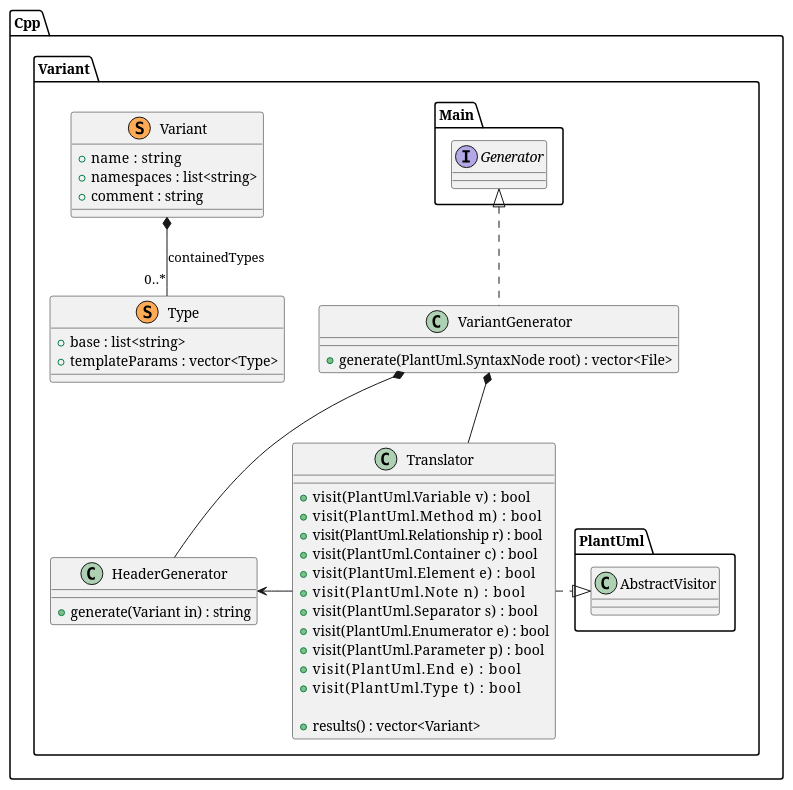
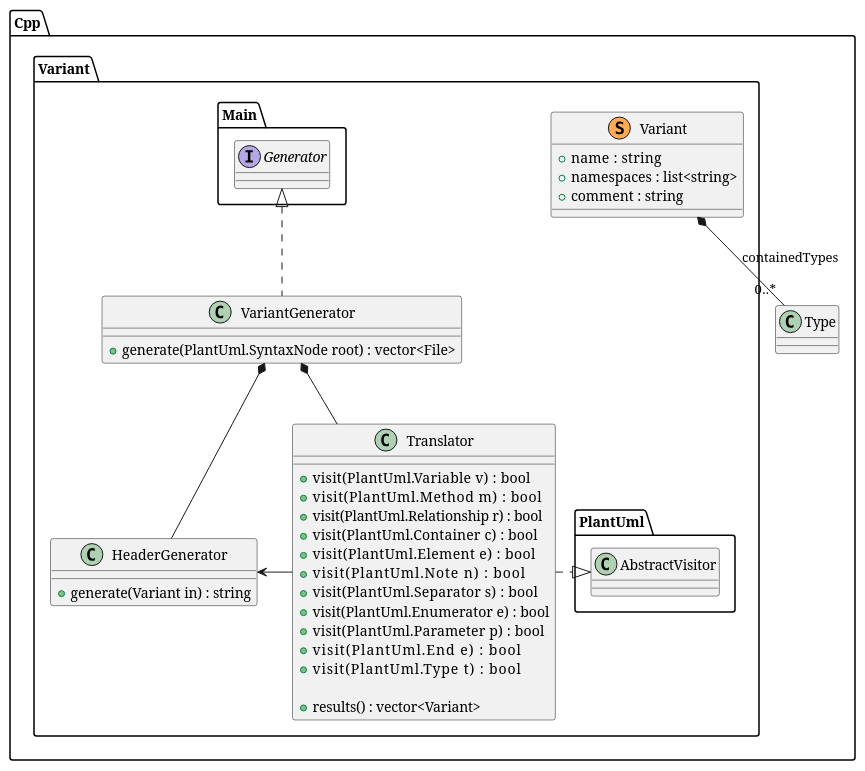
Before and after one commit to jteuber/PlantUML2Cpp: the diagram in models/Variant.puml, drawn with PlantUML.

Commit message:
Fix the class diagram for Variant generation.

```diff
--- a/models/Variant.puml
+++ b/models/Variant.puml
@@ -1,52 +1,46 @@
 @startuml Variant
 
 namespace Cpp {
     namespace Variant {
         ' *************** ALGORITHMS ***************
         class HeaderGenerator {
             +generate(Variant in) : string
         }
 
         class Translator
         {
             +visit(PlantUml.Variable v)     : bool
             +visit(PlantUml.Method m)       : bool
             +visit(PlantUml.Relationship r) : bool
             +visit(PlantUml.Container c)    : bool
             +visit(PlantUml.Element e)      : bool
             +visit(PlantUml.Note n)         : bool
             +visit(PlantUml.Separator s)    : bool
             +visit(PlantUml.Enumerator e)   : bool
             +visit(PlantUml.Parameter p)    : bool
             +visit(PlantUml.End e)          : bool
             +visit(PlantUml.Type t)         : bool
 
             +results() : vector<Variant>
         }
         Translator .|> PlantUml.AbstractVisitor
         Translator -left-> HeaderGenerator
 
 
         class VariantGenerator implements Main.Generator {
             +generate(PlantUml.SyntaxNode root) : vector<File>
         }
         VariantGenerator *-- Translator
         VariantGenerator *-- HeaderGenerator
 
-        class Type << (S,#FFAA55) >>
-        {
-            +base : list<string>
-            +templateParams : vector<Type>
-        }
-
         class Variant << (S,#FFAA55) >>
         {
             +name  : string
             +namespaces : list<string>
             +comment : string
         }
 
-        Variant *-- "0..*" Type : containedTypes
+        Variant *-- "0..*" Cpp.Type : containedTypes
     }
 }
 @enduml
```
